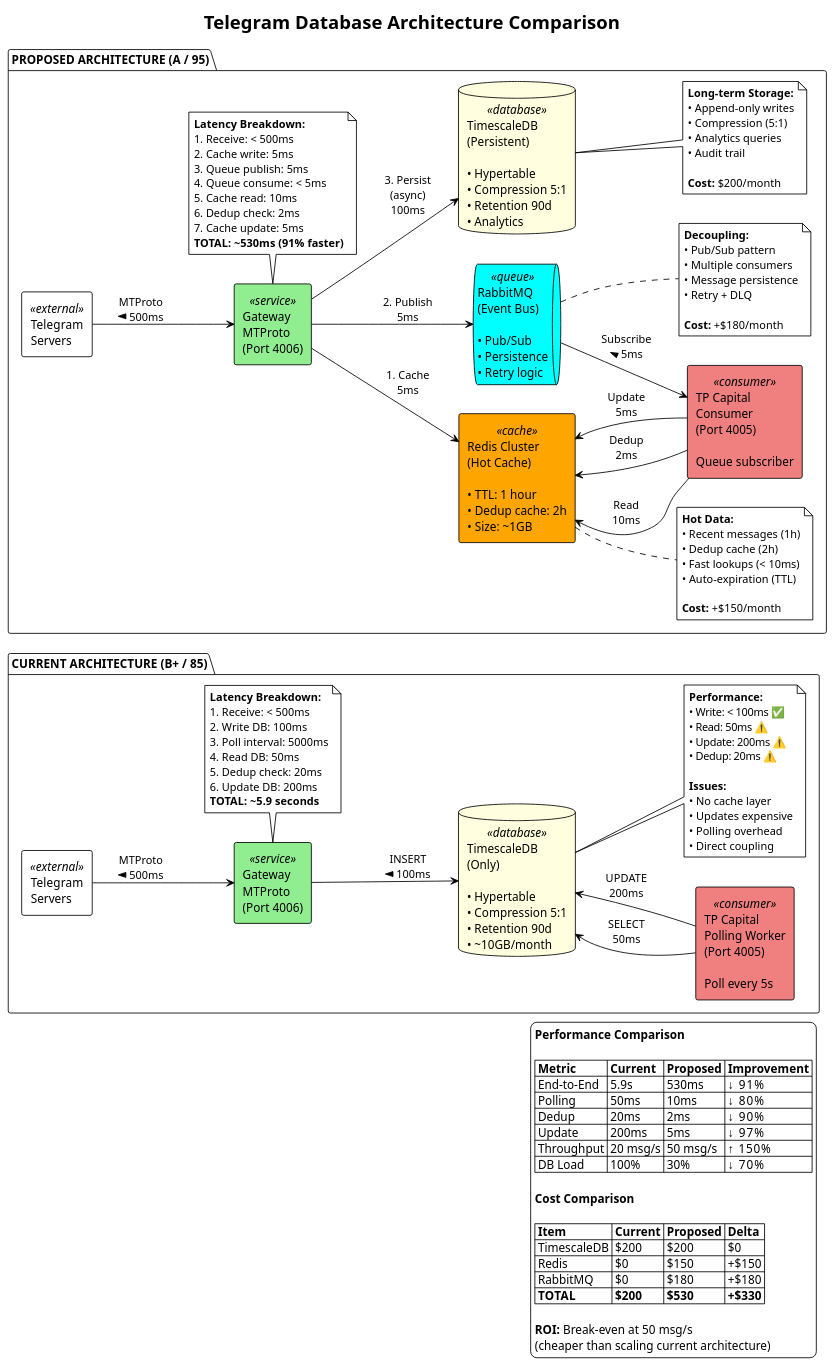
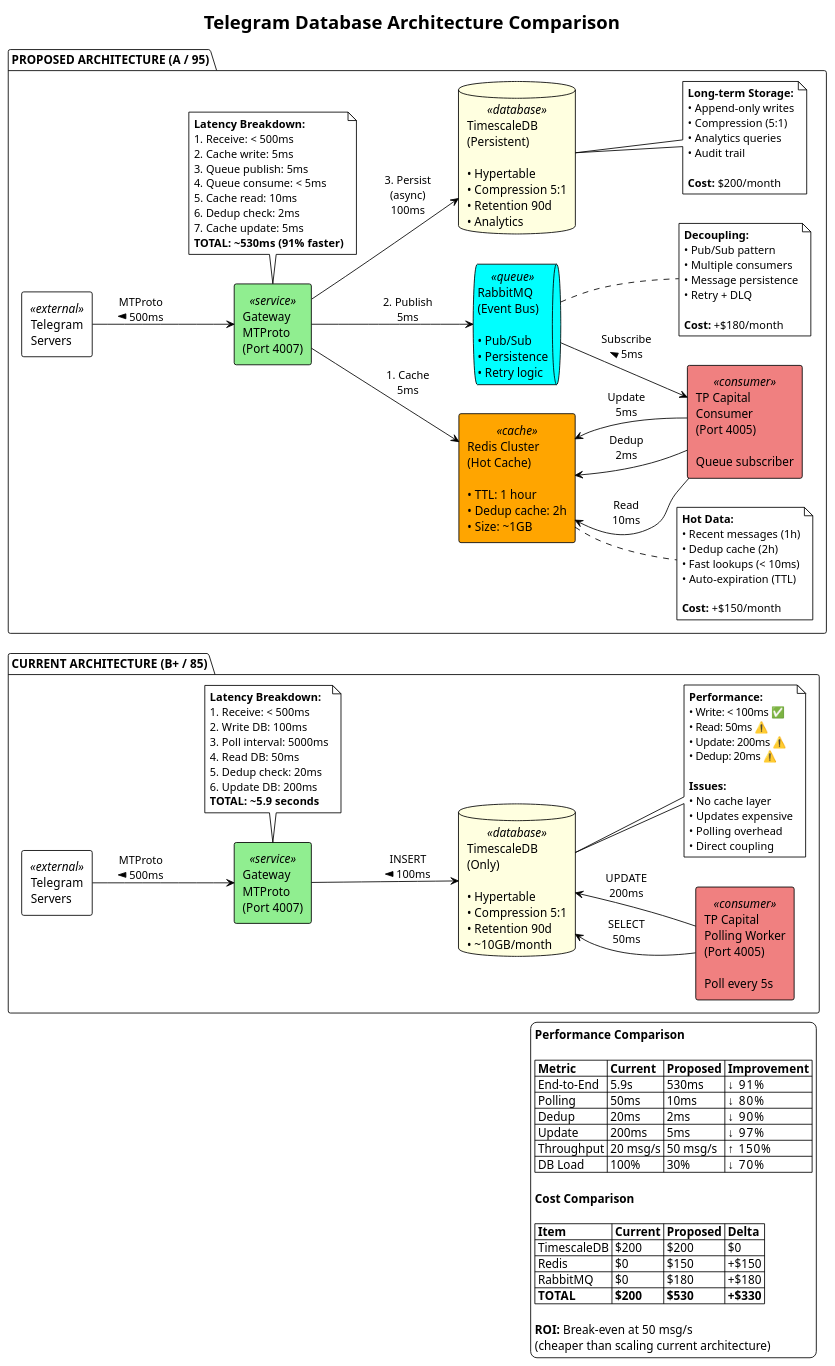
One commit to marceloterra1983/TradingSystem changed the diagram in docs/content/diagrams/telegram-database-comparison.puml. Above: the diagram before and after it, drawn with PlantUML. The commit also changed 766 other files, not shown here.

```diff
--- a/docs/content/diagrams/telegram-database-comparison.puml
+++ b/docs/content/diagrams/telegram-database-comparison.puml
@@ -1,141 +1,141 @@
 @startuml Telegram Database Architecture - Current vs Proposed
 !theme plain
 
 title Telegram Database Architecture Comparison
 
 left to right direction
 
 package "CURRENT ARCHITECTURE (B+ / 85)" {
     
     rectangle "Telegram\nServers" as TelegramCurrent <<external>>
     
-    rectangle "Gateway\nMTProto\n(Port 4006)" as GatewayCurrent <<service>> #LightGreen
+    rectangle "Gateway\nMTProto\n(Port 4007)" as GatewayCurrent <<service>> #LightGreen
     
     database "TimescaleDB\n(Only)\n\n• Hypertable\n• Compression 5:1\n• Retention 90d\n• ~10GB/month" as TimescaleCurrent <<database>> #LightYellow
     
     rectangle "TP Capital\nPolling Worker\n(Port 4005)\n\nPoll every 5s" as PollingCurrent <<consumer>> #LightCoral
     
     TelegramCurrent -down-> GatewayCurrent : "MTProto\n< 500ms"
     GatewayCurrent -down-> TimescaleCurrent : "INSERT\n< 100ms"
     PollingCurrent -up-> TimescaleCurrent : "SELECT\n50ms"
     PollingCurrent -up-> TimescaleCurrent : "UPDATE\n200ms"
     
     note right of TimescaleCurrent
       **Performance:**
       • Write: < 100ms ✅
       • Read: 50ms ⚠️
       • Update: 200ms ⚠️
       • Dedup: 20ms ⚠️
       
       **Issues:**
       • No cache layer
       • Updates expensive
       • Polling overhead
       • Direct coupling
     end note
     
     note bottom of GatewayCurrent
       **Latency Breakdown:**
       1. Receive: < 500ms
       2. Write DB: 100ms
       3. Poll interval: 5000ms
       4. Read DB: 50ms
       5. Dedup check: 20ms
       6. Update DB: 200ms
       **TOTAL: ~5.9 seconds**
     end note
 }
 
 package "PROPOSED ARCHITECTURE (A / 95)" {
     
     rectangle "Telegram\nServers" as TelegramProposed <<external>>
     
-    rectangle "Gateway\nMTProto\n(Port 4006)" as GatewayProposed <<service>> #LightGreen
+    rectangle "Gateway\nMTProto\n(Port 4007)" as GatewayProposed <<service>> #LightGreen
     
     rectangle "Redis Cluster\n(Hot Cache)\n\n• TTL: 1 hour\n• Dedup cache: 2h\n• Size: ~1GB" as Redis <<cache>> #Orange
     
     queue "RabbitMQ\n(Event Bus)\n\n• Pub/Sub\n• Persistence\n• Retry logic" as RabbitMQ <<queue>> #Cyan
     
     database "TimescaleDB\n(Persistent)\n\n• Hypertable\n• Compression 5:1\n• Retention 90d\n• Analytics" as TimescaleProposed <<database>> #LightYellow
     
     rectangle "TP Capital\nConsumer\n(Port 4005)\n\nQueue subscriber" as PollingProposed <<consumer>> #LightCoral
     
     TelegramProposed -down-> GatewayProposed : "MTProto\n< 500ms"
     
     GatewayProposed -down-> Redis : "1. Cache\n5ms"
     GatewayProposed -down-> RabbitMQ : "2. Publish\n5ms"
     GatewayProposed -down-> TimescaleProposed : "3. Persist\n(async)\n100ms"
     
     RabbitMQ -down-> PollingProposed : "Subscribe\n< 5ms"
     
     PollingProposed -up-> Redis : "Read\n10ms"
     PollingProposed -up-> Redis : "Dedup\n2ms"
     PollingProposed -up-> Redis : "Update\n5ms"
     
     note right of Redis
       **Hot Data:**
       • Recent messages (1h)
       • Dedup cache (2h)
       • Fast lookups (< 10ms)
       • Auto-expiration (TTL)
       
       **Cost:** +$150/month
     end note
     
     note right of RabbitMQ
       **Decoupling:**
       • Pub/Sub pattern
       • Multiple consumers
       • Message persistence
       • Retry + DLQ
       
       **Cost:** +$180/month
     end note
     
     note right of TimescaleProposed
       **Long-term Storage:**
       • Append-only writes
       • Compression (5:1)
       • Analytics queries
       • Audit trail
       
       **Cost:** $200/month
     end note
     
     note bottom of GatewayProposed
       **Latency Breakdown:**
       1. Receive: < 500ms
       2. Cache write: 5ms
       3. Queue publish: 5ms
       4. Queue consume: < 5ms
       5. Cache read: 10ms
       6. Dedup check: 2ms
       7. Cache update: 5ms
       **TOTAL: ~530ms (91% faster)**
     end note
 }
 
 legend right
   **Performance Comparison**
   
   |= Metric |= Current |= Proposed |= Improvement |
   | End-to-End | 5.9s | 530ms | ↓ 91% |
   | Polling | 50ms | 10ms | ↓ 80% |
   | Dedup | 20ms | 2ms | ↓ 90% |
   | Update | 200ms | 5ms | ↓ 97% |
   | Throughput | 20 msg/s | 50 msg/s | ↑ 150% |
   | DB Load | 100% | 30% | ↓ 70% |
   
   **Cost Comparison**
   
   |= Item |= Current |= Proposed |= Delta |
   | TimescaleDB | $200 | $200 | $0 |
   | Redis | $0 | $150 | +$150 |
   | RabbitMQ | $0 | $180 | +$180 |
   | **TOTAL** | **$200** | **$530** | **+$330** |
   
   **ROI:** Break-even at 50 msg/s
   (cheaper than scaling current architecture)
 end legend
 
 @enduml
```
